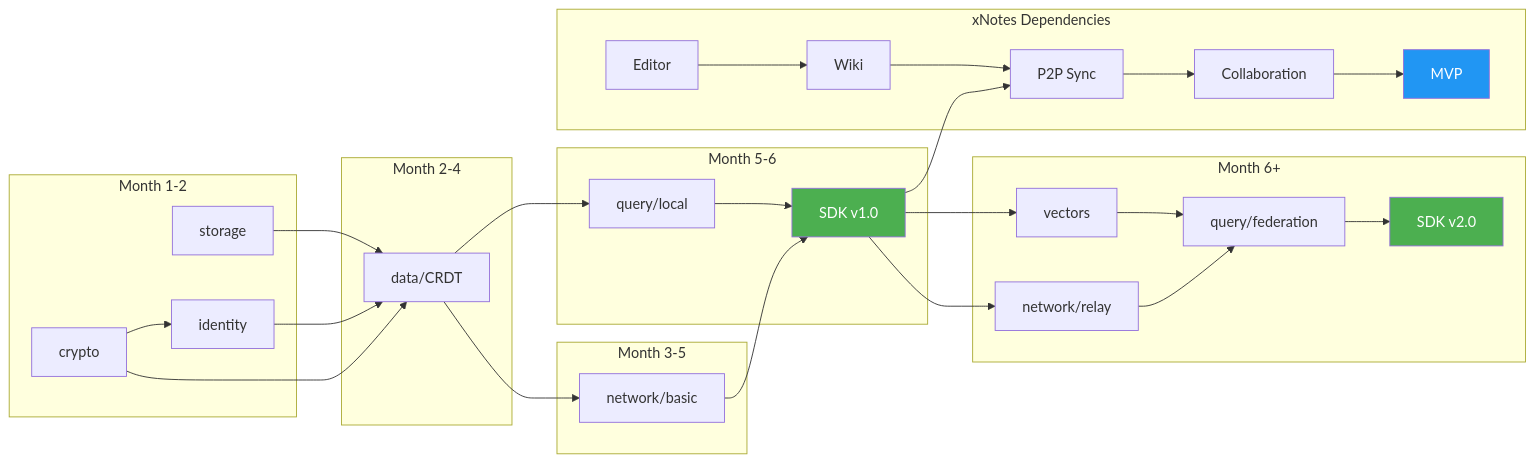
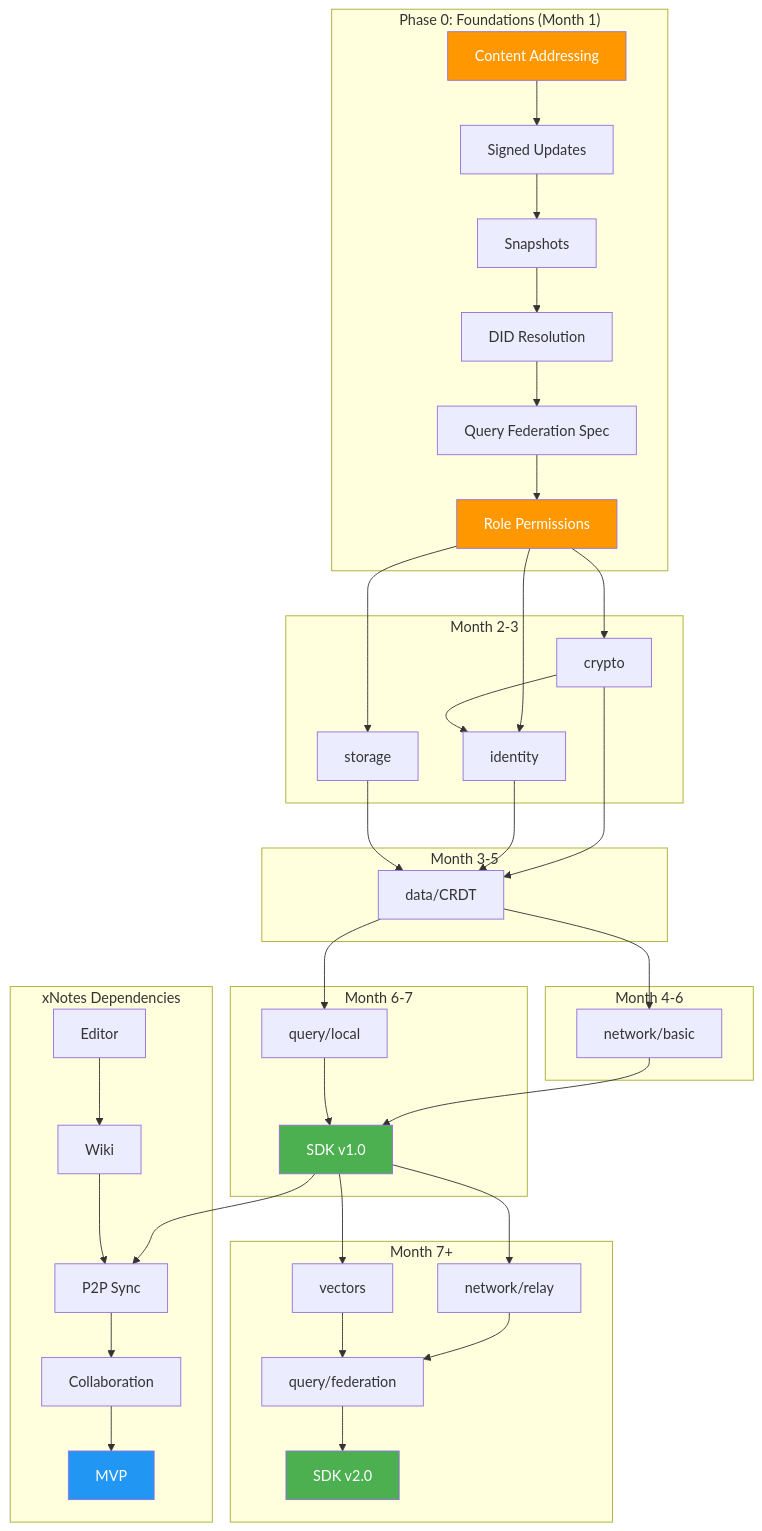
The second of 3 diagrams in docs/plan/02-development-timeline.md (crs48/xNet), drawn with Mermaid before and after one commit. The commit also changed other lines of this file, not shown here.

First line of the commit message:
Update timeline to show Phase 0 foundations before Phase 1

````diff
--- a/docs/plan/02-development-timeline.md
+++ b/docs/plan/02-development-timeline.md
@@ -70,54 +79,73 @@
 ```mermaid
-flowchart LR
-    subgraph "Month 1-2"
+flowchart TB
+    subgraph "Phase 0: Foundations (Month 1)"
+        F1[Content Addressing]
+        F2[Signed Updates]
+        F3[Snapshots]
+        F4[DID Resolution]
+        F5[Query Federation Spec]
+        F6[Role Permissions]
+        F1 --> F2
+        F2 --> F3
+        F3 --> F4
+        F4 --> F5
+        F5 --> F6
+    end
+
+    subgraph "Month 2-3"
         C[crypto]
         I[identity]
         S[storage]
     end
 
-    subgraph "Month 2-4"
+    subgraph "Month 3-5"
         D["data/CRDT"]
     end
 
-    subgraph "Month 3-5"
+    subgraph "Month 4-6"
         N1["network/basic"]
     end
 
-    subgraph "Month 5-6"
+    subgraph "Month 6-7"
         Q1["query/local"]
         SDK1["SDK v1.0"]
     end
 
-    subgraph "Month 6+"
+    subgraph "Month 7+"
         N2["network/relay"]
         V[vectors]
         Q2["query/federation"]
         SDK2["SDK v2.0"]
     end
 
+    F6 --> C
+    F6 --> I
+    F6 --> S
     C --> I
     C --> D
     I --> D
     S --> D
     D --> N1
     D --> Q1
     N1 --> SDK1
     Q1 --> SDK1
     SDK1 --> N2
     SDK1 --> V
     N2 --> Q2
     V --> Q2
     Q2 --> SDK2
 
     subgraph "xNotes Dependencies"
         XN1[Editor] --> XN2[Wiki]
         SDK1 --> XN3[P2P Sync]
         XN2 --> XN3
         XN3 --> XN4[Collaboration]
         XN4 --> XN5[MVP]
     end
 
+    style F1 fill:#ff9800,color:#fff
+    style F6 fill:#ff9800,color:#fff
     style SDK1 fill:#4caf50,color:#fff
     style SDK2 fill:#4caf50,color:#fff
     style XN5 fill:#2196f3,color:#fff
 ```
````
